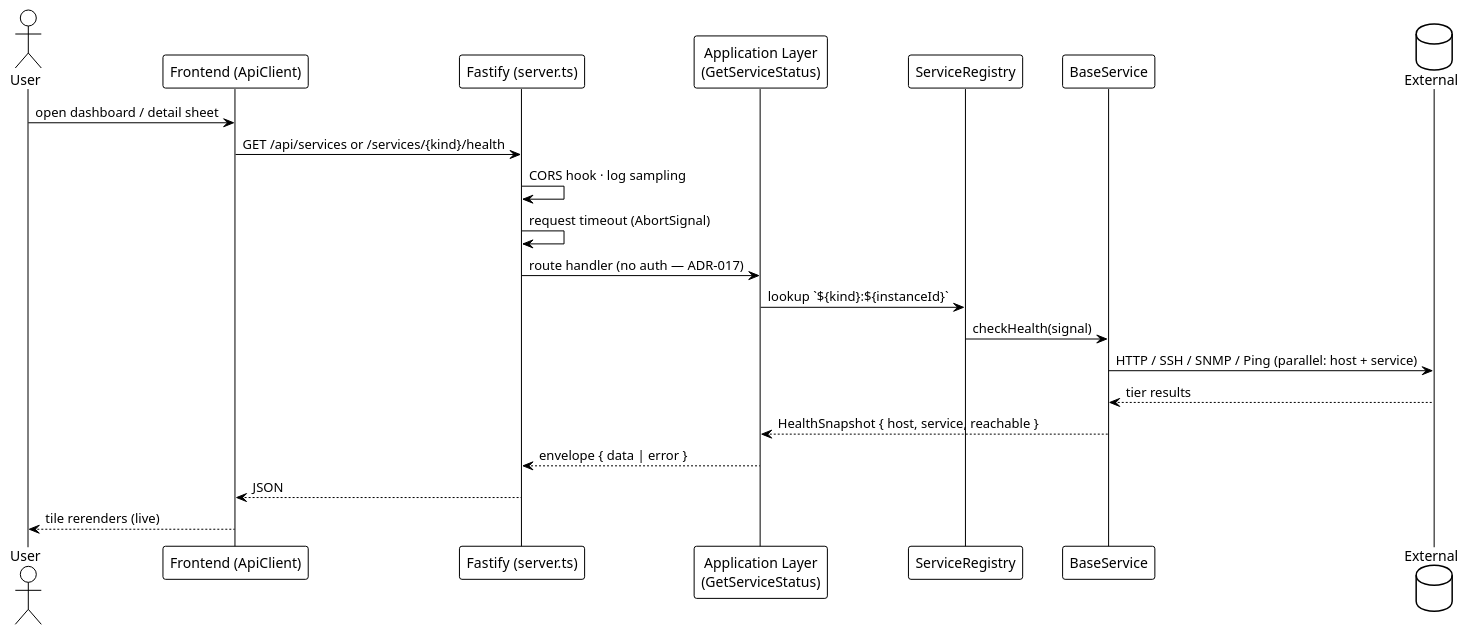
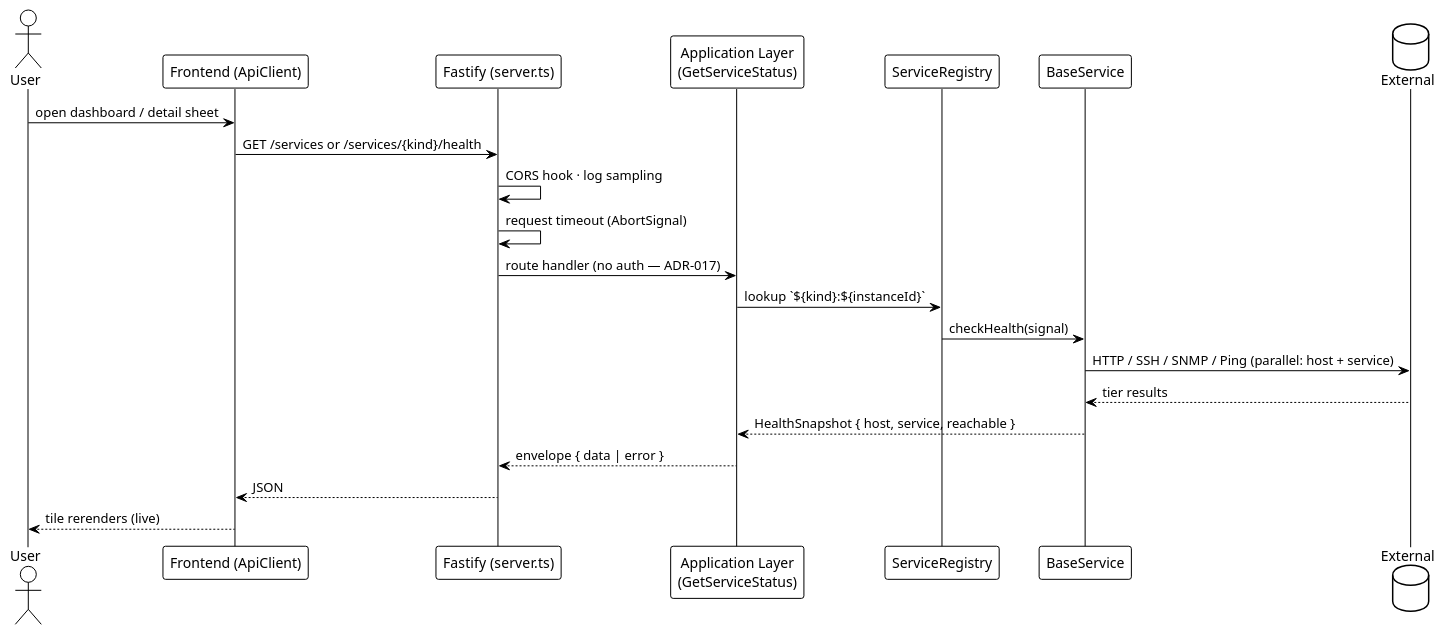
The third of 5 diagrams in docs/INDEX.md (EraPartner/Watchman), drawn with PlantUML before and after one commit. The commit also changed other lines of this file and 32 other files, not shown here.

````diff
--- a/docs/INDEX.md
+++ b/docs/INDEX.md
@@ -302,31 +302,31 @@
 ```plantuml
 @startuml
 !theme plain
 
 actor "User" as User
 participant "Frontend (ApiClient)" as FE
 participant "Fastify (server.ts)" as Fastify
 participant "Application Layer\n(GetServiceStatus)" as App
 participant "ServiceRegistry" as Reg
 participant "BaseService" as Svc
 database "External" as Ext
 
 User -> FE : open dashboard / detail sheet
-FE -> Fastify : GET /api/services or /services/{kind}/health
+FE -> Fastify : GET /services or /services/{kind}/health
 
 Fastify -> Fastify : CORS hook · log sampling
 Fastify -> Fastify : request timeout (AbortSignal)
 Fastify -> App : route handler (no auth — ADR-017)
 
 App -> Reg : lookup `${kind}:${instanceId}`
 Reg -> Svc : checkHealth(signal)
 
 Svc -> Ext : HTTP / SSH / SNMP / Ping (parallel: host + service)
 Ext --> Svc : tier results
 Svc --> App : HealthSnapshot { host, service, reachable }
 
 App --> Fastify : envelope { data | error }
 Fastify --> FE : JSON
 FE --> User : tile rerenders (live)
 @enduml
 ```
````
